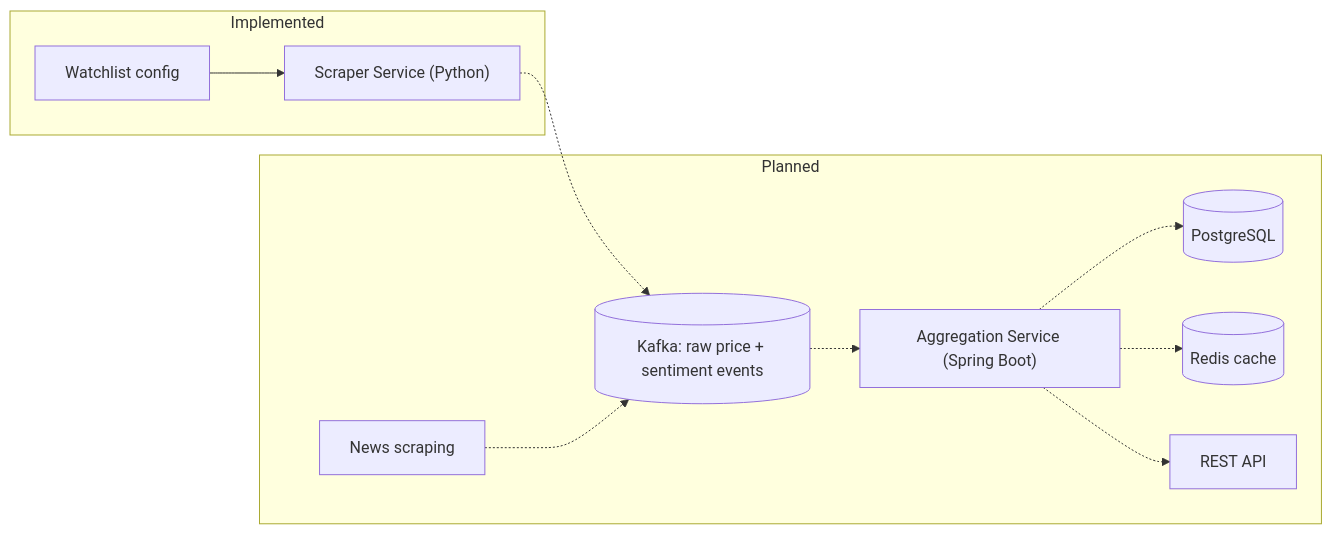
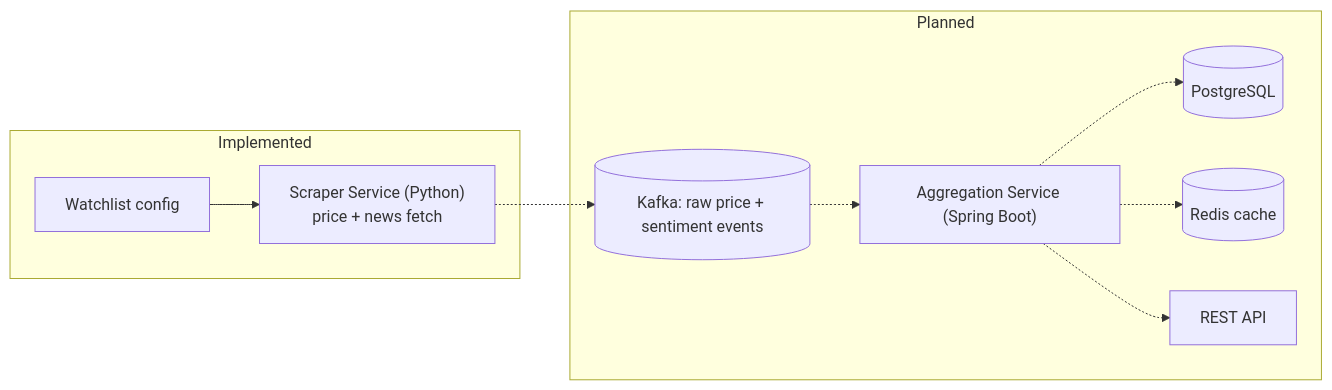
Before and after one commit to shreyansgosalia18/marketpulse: the diagram in docs/architecture/system-overview.md, drawn with Mermaid. The commit also changed 18 other files, not shown here.

````diff
--- a/docs/architecture/system-overview.md
+++ b/docs/architecture/system-overview.md
@@ -7,14 +7,13 @@
 ```mermaid
 flowchart LR
     subgraph Implemented
-        WL[Watchlist config] --> SC["Scraper Service (Python)"]
+        WL[Watchlist config] --> SC["Scraper Service (Python)<br/>price + news fetch"]
     end
     subgraph Planned
         SC -.-> KAFKA[(Kafka: raw price + sentiment events)]
-        NEWS[News scraping] -.-> KAFKA
         KAFKA -.-> AGG["Aggregation Service (Spring Boot)"]
         AGG -.-> PG[(PostgreSQL)]
         AGG -.-> REDIS[(Redis cache)]
         AGG -.-> API["REST API"]
     end
 ```
````
